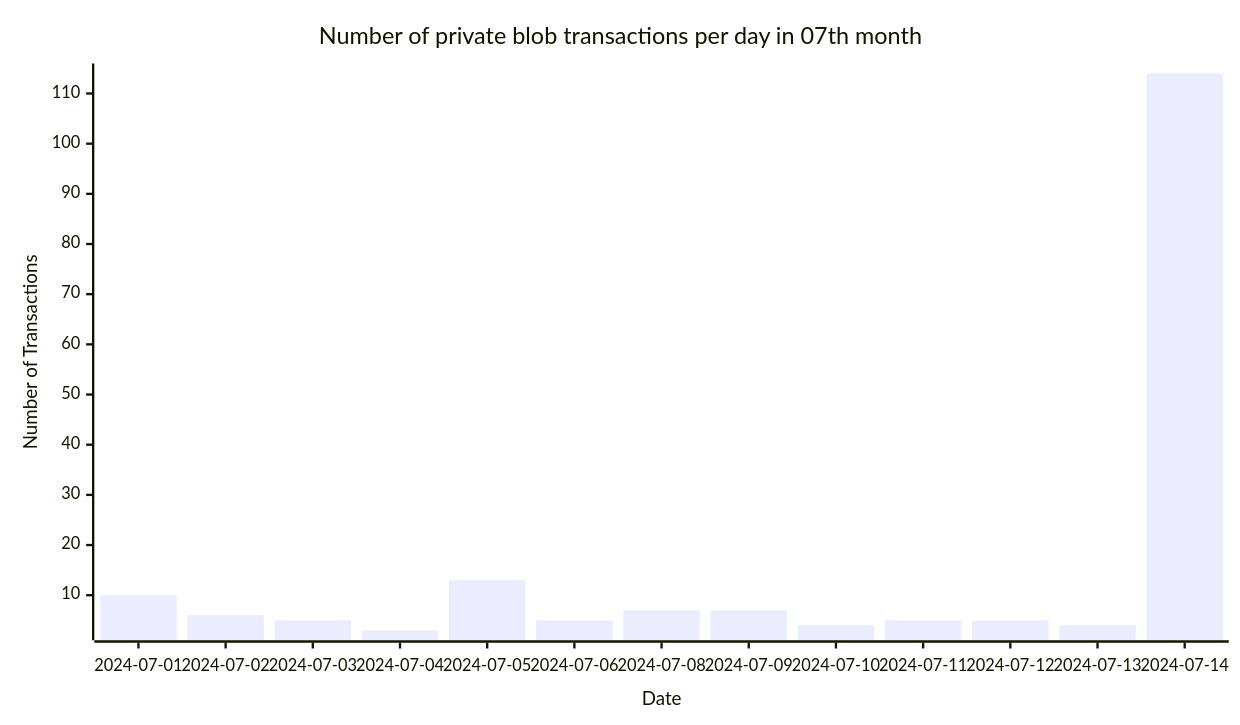
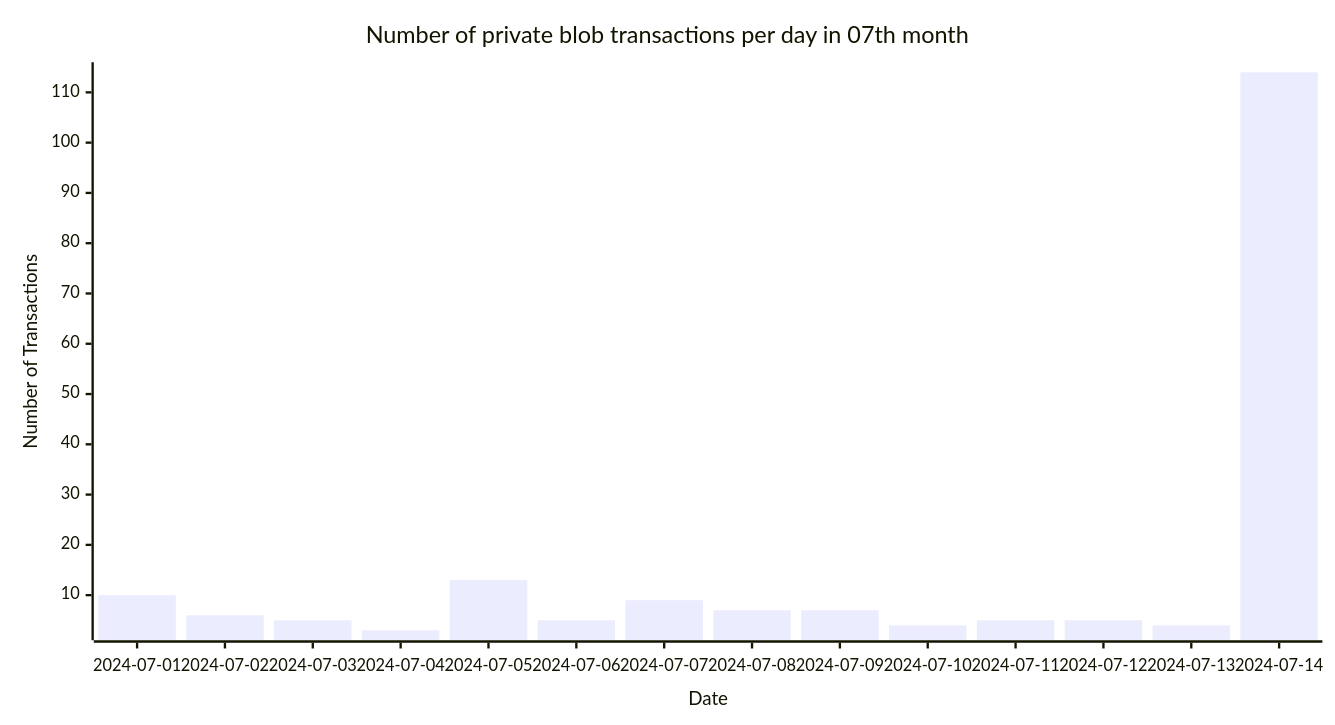
The fifth of 5 diagrams in README.md (Amit0617/eip4844-data), drawn with Mermaid before and after one commit. The commit also changed 1 other file, not shown here.

````diff
--- a/README.md
+++ b/README.md
@@ -53,12 +53,12 @@
 ```mermaid
 ---
 config:
     xyChart:
-        width: 1040
+        width: 1120
         height: 600
 ---
 xychart-beta title "Number of private blob transactions per day in 07th month"
-x-axis "Date" [2024-07-01,2024-07-02,2024-07-03,2024-07-04,2024-07-05,2024-07-06,2024-07-08,2024-07-09,2024-07-10,2024-07-11,2024-07-12,2024-07-13,2024-07-14]
+x-axis "Date" [2024-07-01,2024-07-02,2024-07-03,2024-07-04,2024-07-05,2024-07-06,2024-07-07,2024-07-08,2024-07-09,2024-07-10,2024-07-11,2024-07-12,2024-07-13,2024-07-14]
 y-axis "Number of Transactions"
-bar[10,6,5,3,13,5,7,7,4,5,5,4,114]
+bar[10,6,5,3,13,5,9,7,7,4,5,5,4,114]
 ```
````
